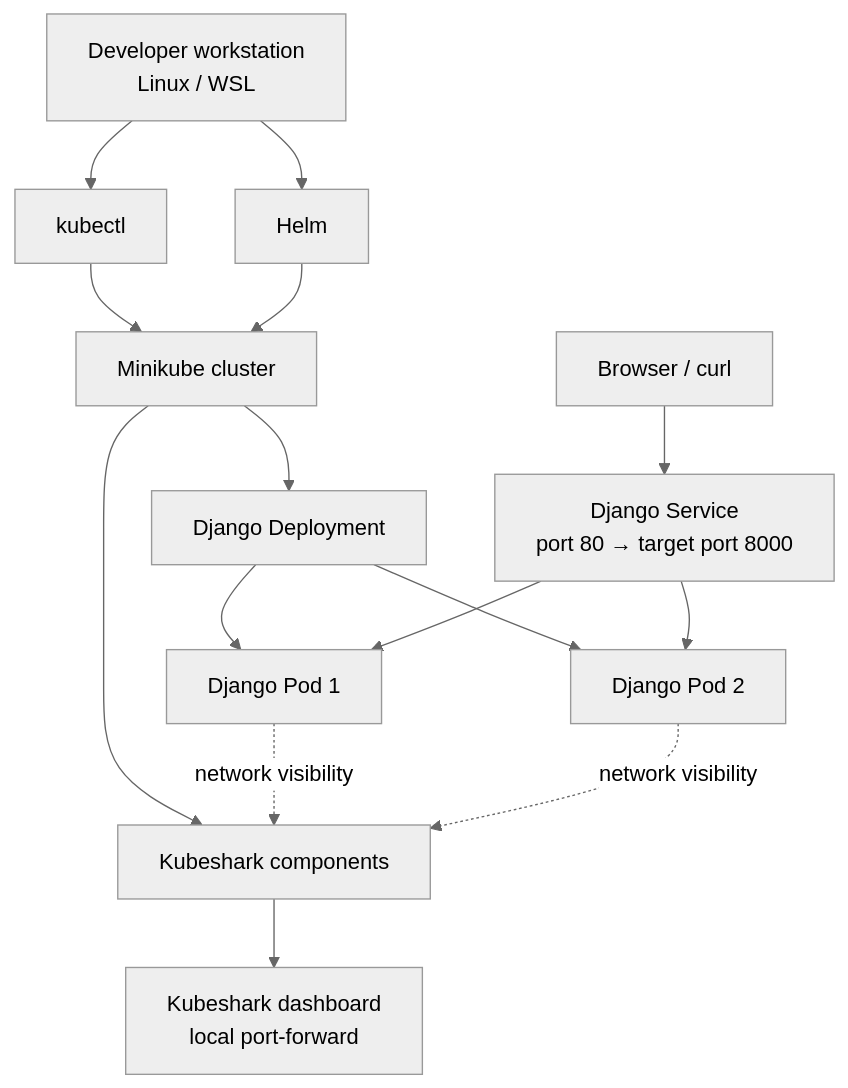
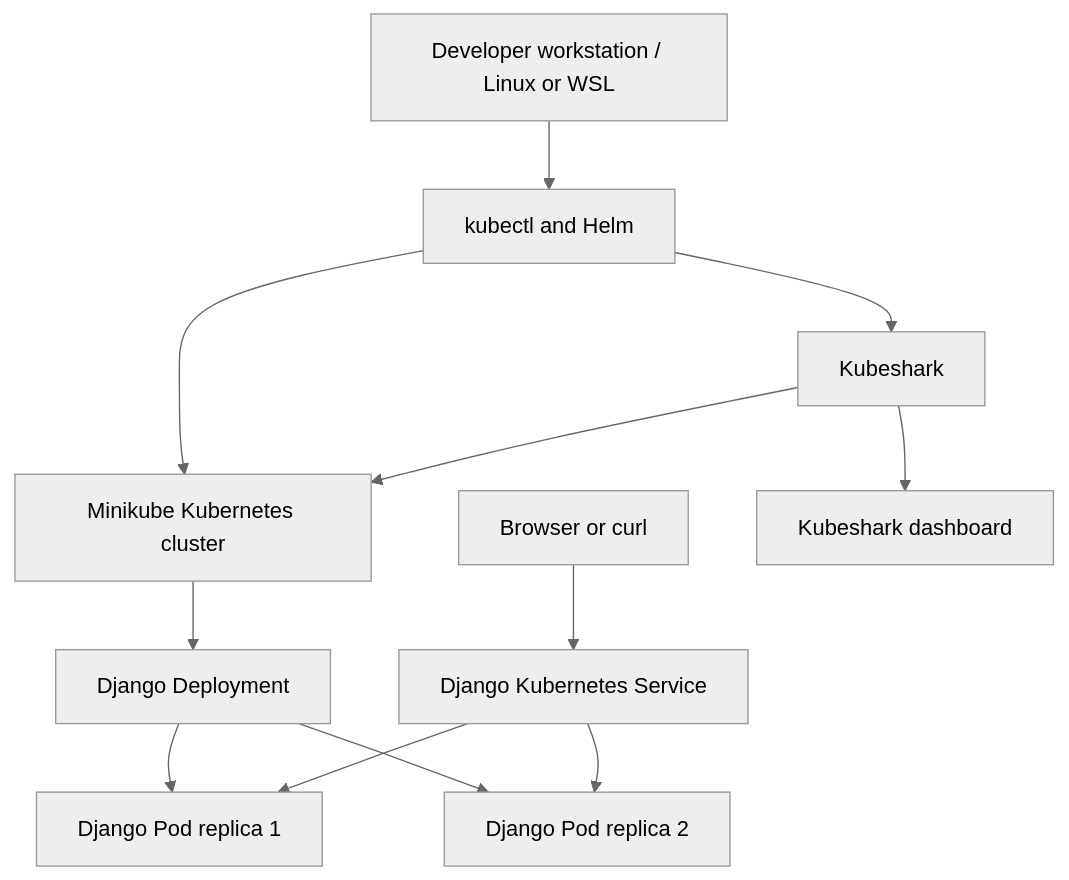
The diagram in README.md (srinivasupolamuri/django-kubernetes-kubeshark-monitoring), drawn with Mermaid (neutral theme) before and after one commit. The commit also changed other lines of this file, not shown here.

````diff
--- a/README.md
+++ b/README.md
@@ -37,17 +22,25 @@
 ```mermaid
-flowchart TB
-    Dev["Developer workstation<br/>Linux / WSL"] --> K["kubectl"]
-    Dev --> H["Helm"]
-    K --> M["Minikube cluster"]
-    H --> M
-    M --> D["Django Deployment"]
-    D --> P1["Django Pod 1"]
-    D --> P2["Django Pod 2"]
-    S["Django Service<br/>port 80 → target port 8000"] --> P1
-    S --> P2
-    Browser["Browser / curl"] --> S
-    M --> KS["Kubeshark components"]
-    KS --> UI["Kubeshark dashboard<br/>local port-forward"]
-    P1 -. network visibility .-> KS
-    P2 -. network visibility .-> KS
+flowchart TD
+    Dev[Developer workstation / Linux or WSL]
+    CLI[kubectl and Helm]
+    Cluster[Minikube Kubernetes cluster]
+    Deploy[Django Deployment]
+    Pod1[Django Pod replica 1]
+    Pod2[Django Pod replica 2]
+    Service[Django Kubernetes Service]
+    Browser[Browser or curl]
+    KS[Kubeshark]
+    Dashboard[Kubeshark dashboard]
+
+    Dev --> CLI
+    CLI --> Cluster
+    Cluster --> Deploy
+    Deploy --> Pod1
+    Deploy --> Pod2
+    Browser --> Service
+    Service --> Pod1
+    Service --> Pod2
+    CLI --> KS
+    KS --> Cluster
+    KS --> Dashboard
 ```
````
